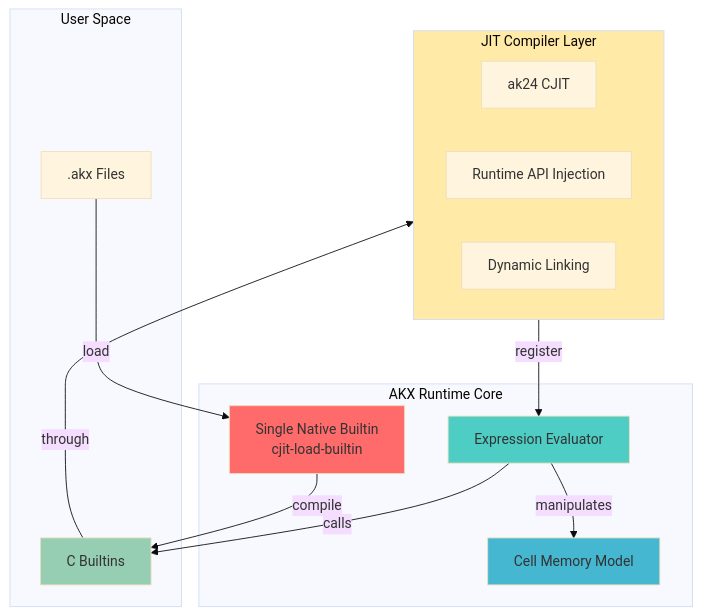
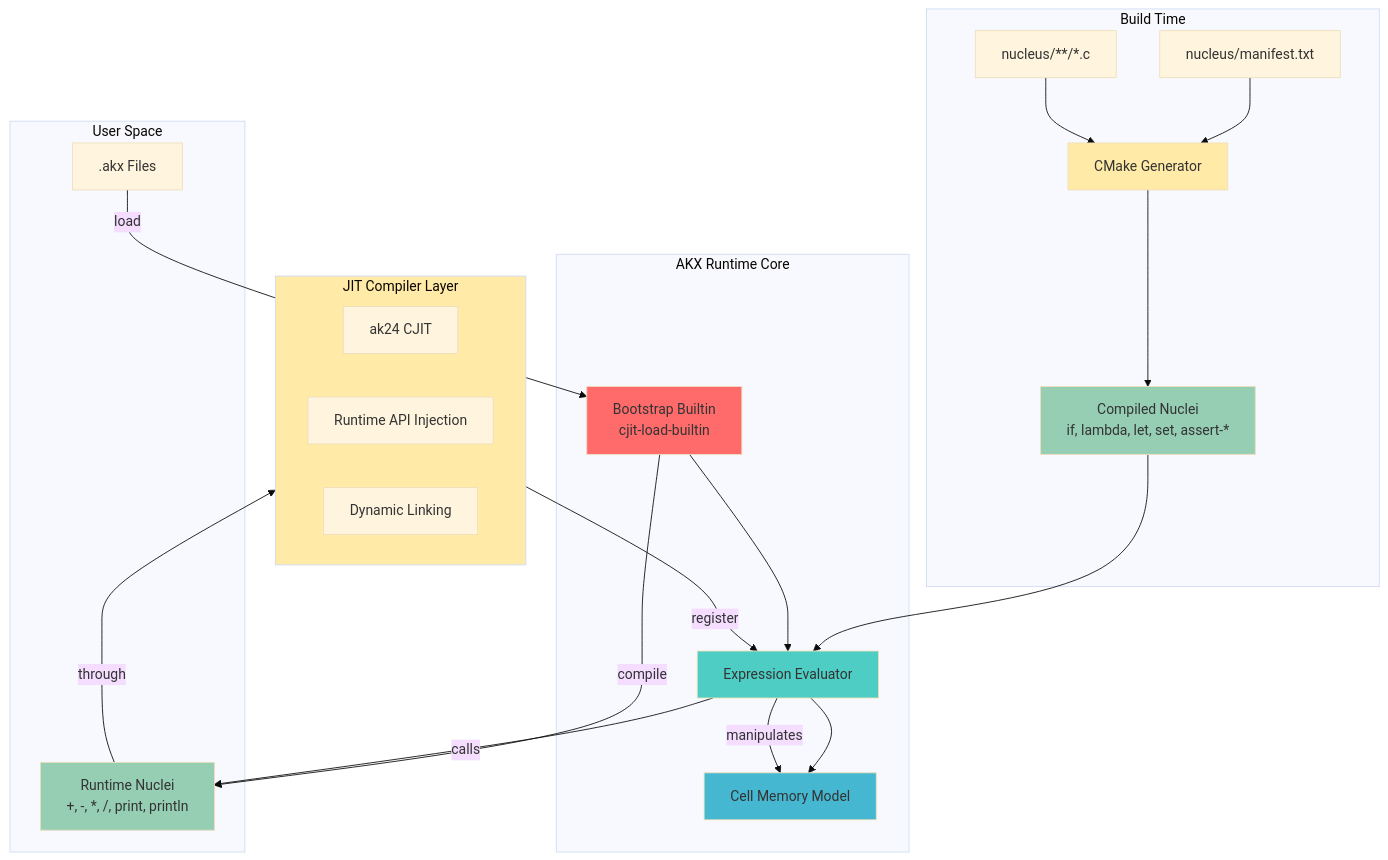
The first of 13 diagrams in ARCHITECTURE.md (bosley/akx), drawn with Mermaid (base theme) before and after one commit. The commit also changed other lines of this file and 47 other files, not shown here.

````diff
--- a/ARCHITECTURE.md
+++ b/ARCHITECTURE.md
@@ -7,32 +7,45 @@
 ```mermaid
 graph TB
+    subgraph Build[Build Time]
+        Manifest[nucleus/manifest.txt]
+        NucleusSrc[nucleus/**/*.c]
+        CMakeGen[CMake Generator]
+        
+        Manifest --> CMakeGen
+        NucleusSrc --> CMakeGen
+        CMakeGen --> CompiledNuclei[Compiled Nuclei<br/>if, lambda, let, set, assert-*]
+    end
+    
     subgraph Runtime[AKX Runtime Core]
-        Bootstrap[Single Native Builtin<br/>cjit-load-builtin]
-        Eval[Expression Evaluator]
-        Cells[Cell Memory Model]
+        Bootstrap[Bootstrap Builtin<br/>cjit-load-builtin]
+        CompiledNuclei --> Eval[Expression Evaluator]
+        Bootstrap --> Eval
+        Eval --> Cells[Cell Memory Model]
     end
     
     subgraph UserSpace[User Space]
         AKXCode[.akx Files]
-        CBuiltins[C Builtins]
+        RuntimeNuclei[Runtime Nuclei<br/>+, -, *, /, print, println]
     end
     
     subgraph JIT[JIT Compiler Layer]
         CJIT[ak24 CJIT]
         Symbols[Runtime API Injection]
         Link[Dynamic Linking]
     end
     
     AKXCode -->|load| Bootstrap
-    Bootstrap -->|compile| CBuiltins
-    CBuiltins -->|through| JIT
+    Bootstrap -->|compile| RuntimeNuclei
+    RuntimeNuclei -->|through| JIT
     JIT -->|register| Eval
     Eval -->|manipulates| Cells
-    Eval -->|calls| CBuiltins
+    Eval -->|calls| RuntimeNuclei
     
     style Bootstrap fill:#ff6b6b
     style Eval fill:#4ecdc4
     style Cells fill:#45b7d1
-    style CBuiltins fill:#96ceb4
+    style CompiledNuclei fill:#96ceb4
+    style RuntimeNuclei fill:#96ceb4
     style JIT fill:#ffeaa7
+    style CMakeGen fill:#ffeaa7
 ```
````
